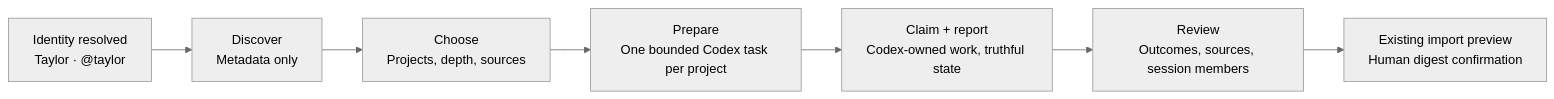
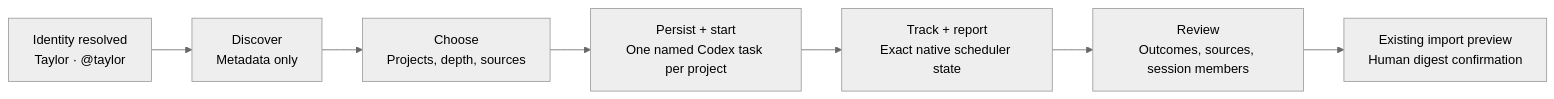
One commit to ajhcs/codex-commons changed the diagram in web/src/features/project-archaeology/STORYBOARD.md. Above: the diagram before and after it, drawn with Mermaid (neutral theme). The commit also changed other lines of this file and 125 other files, not shown here.

````diff
--- a/web/src/features/project-archaeology/STORYBOARD.md
+++ b/web/src/features/project-archaeology/STORYBOARD.md
@@ -7,9 +7,9 @@
 ```mermaid
 flowchart LR
   A["Identity resolved<br/>Taylor · @taylor"] --> B["Discover<br/>Metadata only"]
   B --> C["Choose<br/>Projects, depth, sources"]
-  C --> D["Prepare<br/>One bounded Codex task per project"]
-  D --> E["Claim + report<br/>Codex-owned work, truthful state"]
+  C --> D["Persist + start<br/>One named Codex task per project"]
+  D --> E["Track + report<br/>Exact native scheduler state"]
   E --> F["Review<br/>Outcomes, sources, session members"]
   F --> G["Existing import preview<br/>Human digest confirmation"]
 ```
````
